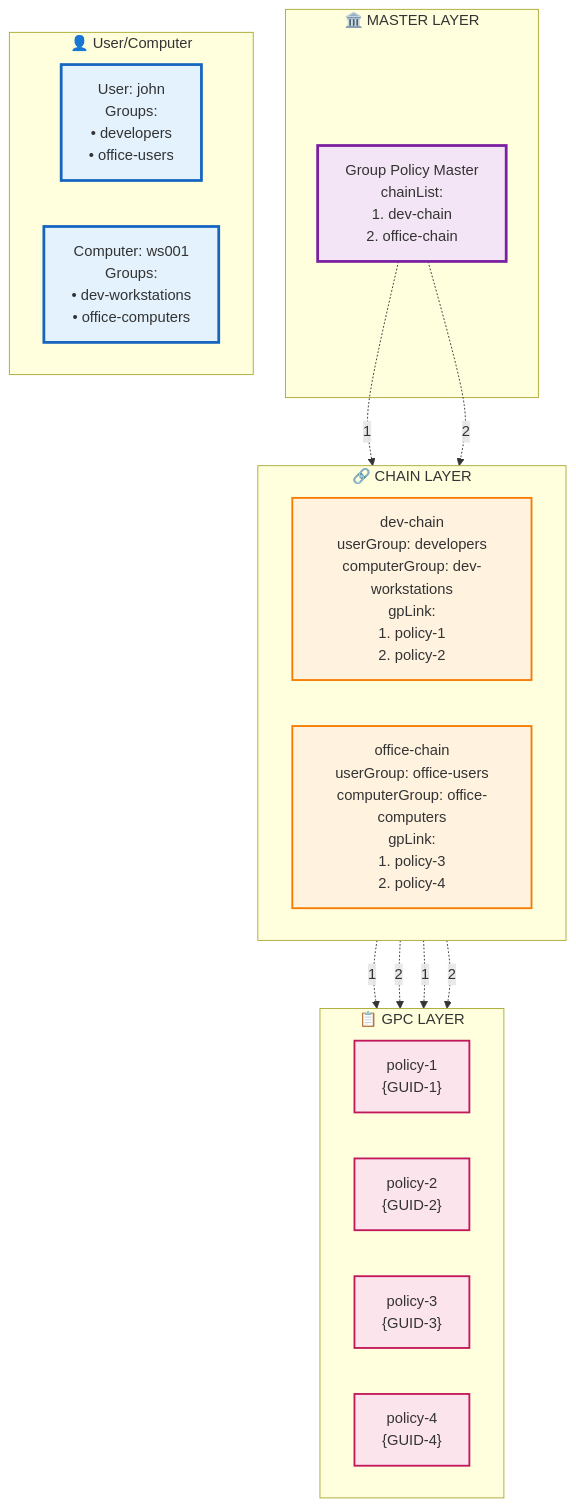
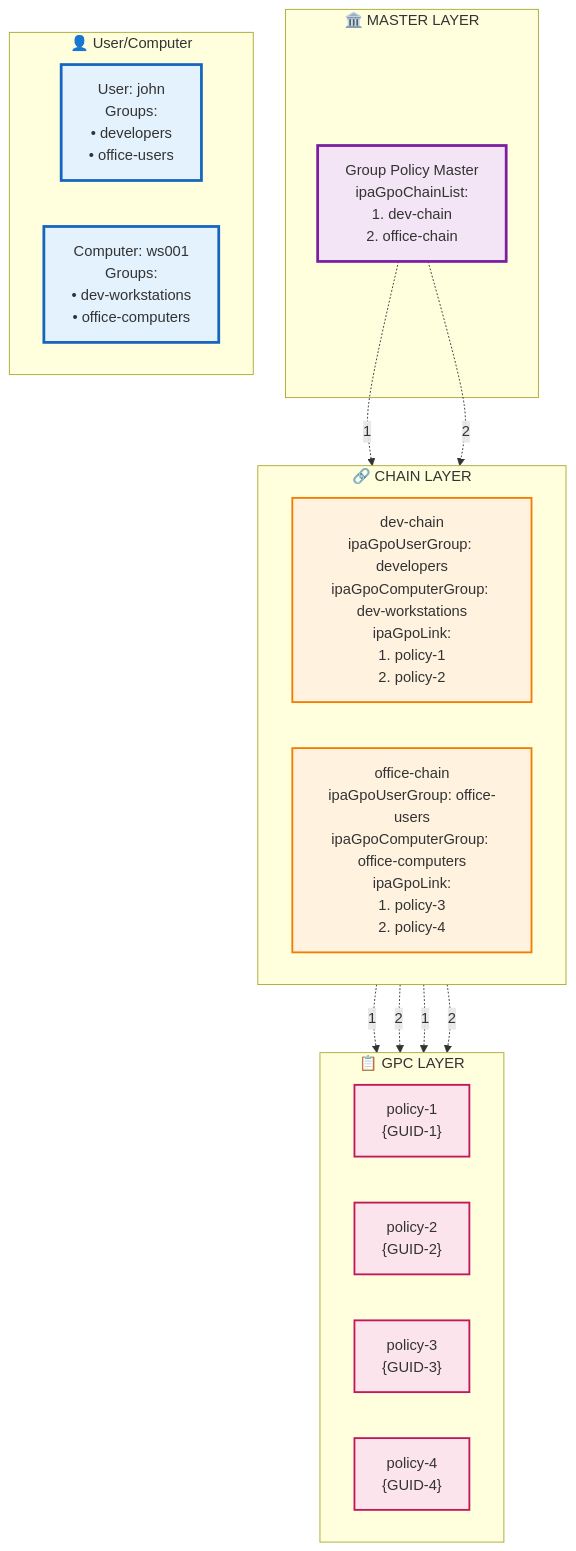
One commit to danila-Skachedubov/freeipa-server-gpo changed the diagram in README.md. Above: the diagram before and after it, drawn with Mermaid. The commit also changed other lines of this file and 21 other files, not shown here.

First line of the commit message:
Rename GPO schema to ipaGpo* with allocated FreeIPA OIDs

````diff
--- a/README.md
+++ b/README.md
@@ -68,44 +68,44 @@
 ```mermaid
 graph TD
     classDef userClass fill:#e3f2fd,stroke:#1565c0,stroke-width:3px
     classDef masterClass fill:#f3e5f5,stroke:#7b1fa2,stroke-width:3px
     classDef chainClass fill:#fff3e0,stroke:#f57c00,stroke-width:2px
     classDef gpcClass fill:#fce4ec,stroke:#c2185b,stroke-width:2px
     classDef resultClass fill:#e8f5e8,stroke:#2e7d32,stroke-width:3px
 
     subgraph MasterLayer ["🏛️ MASTER LAYER"]
-        Master["Group Policy Master<br/>chainList:<br/>1. dev-chain<br/>2. office-chain"]
+        Master["Group Policy Master<br/>ipaGpoChainList:<br/>1. dev-chain<br/>2. office-chain"]
     end
 
     subgraph ChainLayer ["🔗 CHAIN LAYER"]
         direction LR
-        ChainDev["dev-chain<br/>userGroup: developers<br/>computerGroup: dev-workstations<br/>gpLink:<br/>1. policy-1<br/>2. policy-2"]
-        ChainOffice["office-chain<br/>userGroup: office-users<br/>computerGroup: office-computers<br/>gpLink:<br/>1. policy-3<br/>2. policy-4"]
+        ChainDev["dev-chain<br/>ipaGpoUserGroup: developers<br/>ipaGpoComputerGroup: dev-workstations<br/>ipaGpoLink:<br/>1. policy-1<br/>2. policy-2"]
+        ChainOffice["office-chain<br/>ipaGpoUserGroup: office-users<br/>ipaGpoComputerGroup: office-computers<br/>ipaGpoLink:<br/>1. policy-3<br/>2. policy-4"]
     end
 
     subgraph GPCLayer ["📋 GPC LAYER"]
         direction LR
         GPC1["policy-1<br/>{GUID-1}"]
         GPC2["policy-2<br/>{GUID-2}"]
         GPC3["policy-3<br/>{GUID-3}"]
         GPC4["policy-4<br/>{GUID-4}"]
     end
 
     subgraph UserSide ["👤 User/Computer"]
         User["User: john<br/>Groups:<br/>• developers<br/>• office-users"]
         Computer["Computer: ws001<br/>Groups:<br/>• dev-workstations<br/>• office-computers"]
     end
 
     Master -.->|"1"| ChainDev
     Master -.->|"2"| ChainOffice
 
     ChainDev -.->|"1"| GPC1
     ChainDev -.->|"2"| GPC2
     ChainOffice -.->|"1"| GPC3
     ChainOffice -.->|"2"| GPC4
 
     class Master masterClass
     class ChainDev,ChainOffice chainClass
     class GPC1,GPC2,GPC3,GPC4 gpcClass
     class User,Computer userClass
 ```
````
